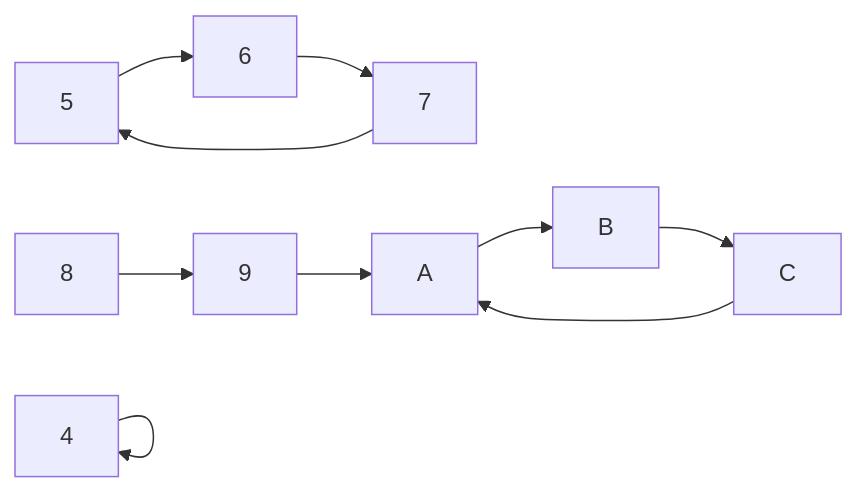
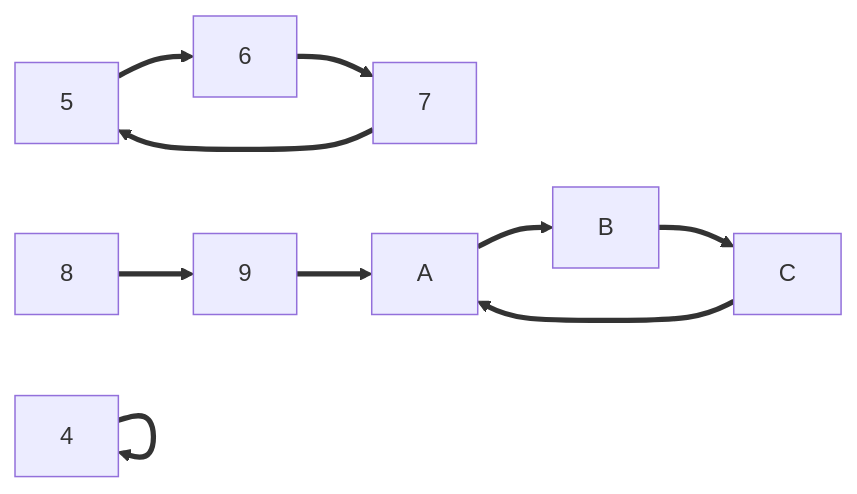
One commit to raganwald/raganwald.github.com changed the fifth of 13 diagrams in _posts/2026-02-15-nuralagus-rex.md. Above: the diagram before and after it, drawn with Mermaid. The commit also changed other lines of this file, not shown here.

```diff
--- a/_posts/2026-02-15-nuralagus-rex.md
+++ b/_posts/2026-02-15-nuralagus-rex.md
@@ -84,20 +84,20 @@
 <div class="mermaid">
   graph LR
     a["4"]
 
-    a-->a
+    a==>a
 
     b["5"]
     c["6"]
     d["7"]
 
-    b-->c-->d-->b
+    b==>c==>d==>b
 
     e["8"]
     f["9"]
     g["A"]
     h["B"]
     i["C"]
 
-    e-->f-->g-->h-->i-->g
+    e==>f==>g==>h==>i==>g
 </div>
```
